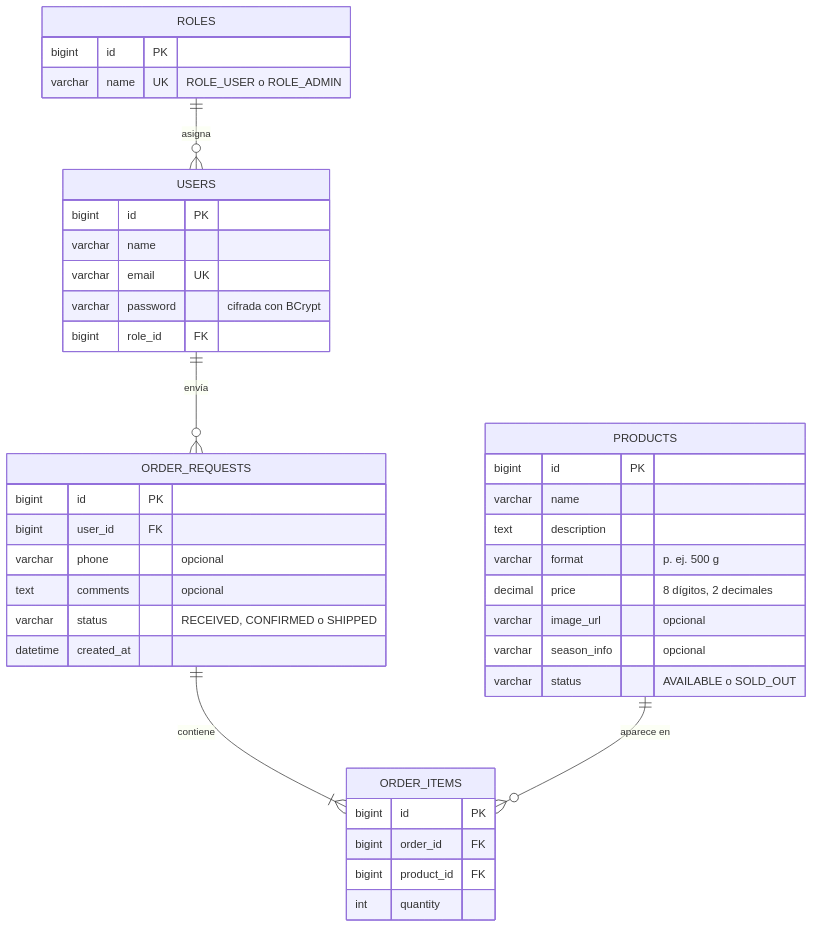
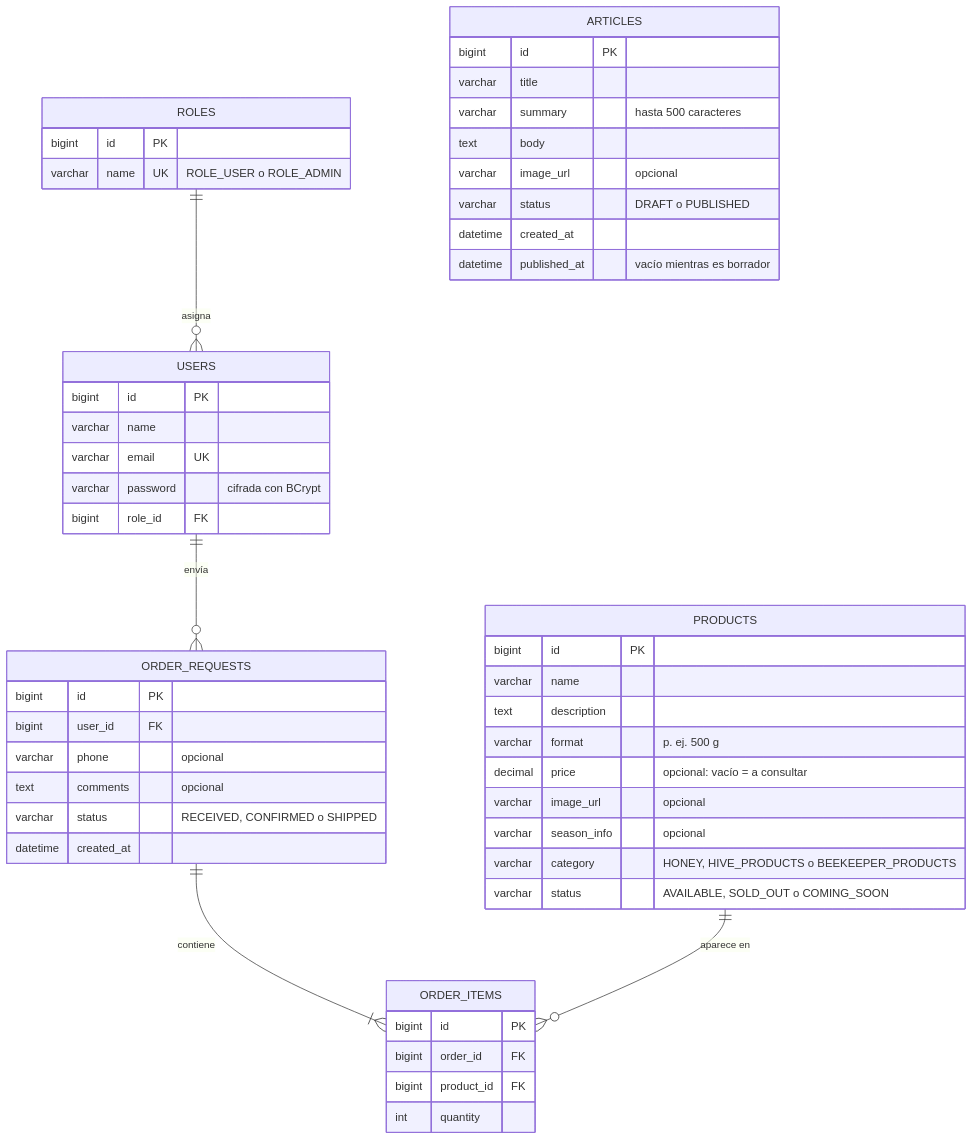
The first of 3 diagrams in README.md (gmp395/mielchende-backend), drawn with Mermaid before and after one commit. The commit also changed other lines of this file and 1 other file, not shown here.

Commit message:
docs: update README with articles, categories and test results

````diff
--- a/README.md
+++ b/README.md
@@ -70,43 +72,54 @@
 ```mermaid
 erDiagram
     ROLES ||--o{ USERS : "asigna"
     USERS ||--o{ ORDER_REQUESTS : "envía"
     ORDER_REQUESTS ||--|{ ORDER_ITEMS : "contiene"
     PRODUCTS ||--o{ ORDER_ITEMS : "aparece en"
 
     ROLES {
         bigint id PK
         varchar name UK "ROLE_USER o ROLE_ADMIN"
     }
     USERS {
         bigint id PK
         varchar name
         varchar email UK
         varchar password "cifrada con BCrypt"
         bigint role_id FK
     }
     PRODUCTS {
         bigint id PK
         varchar name
         text description
         varchar format "p. ej. 500 g"
-        decimal price "8 dígitos, 2 decimales"
+        decimal price "opcional: vacío = a consultar"
         varchar image_url "opcional"
         varchar season_info "opcional"
-        varchar status "AVAILABLE o SOLD_OUT"
+        varchar category "HONEY, HIVE_PRODUCTS o BEEKEEPER_PRODUCTS"
+        varchar status "AVAILABLE, SOLD_OUT o COMING_SOON"
     }
     ORDER_REQUESTS {
         bigint id PK
         bigint user_id FK
         varchar phone "opcional"
         text comments "opcional"
         varchar status "RECEIVED, CONFIRMED o SHIPPED"
         datetime created_at
     }
     ORDER_ITEMS {
         bigint id PK
         bigint order_id FK
         bigint product_id FK
         int quantity
     }
+    ARTICLES {
+        bigint id PK
+        varchar title
+        varchar summary "hasta 500 caracteres"
+        text body
+        varchar image_url "opcional"
+        varchar status "DRAFT o PUBLISHED"
+        datetime created_at
+        datetime published_at "vacío mientras es borrador"
+    }
 ```
````
